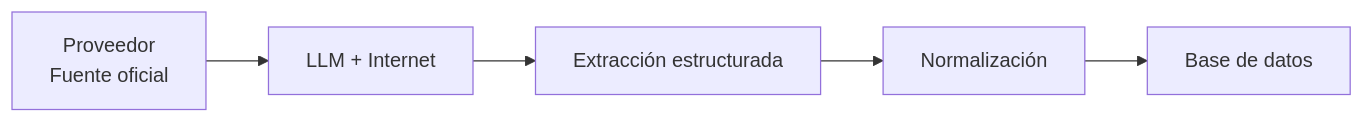
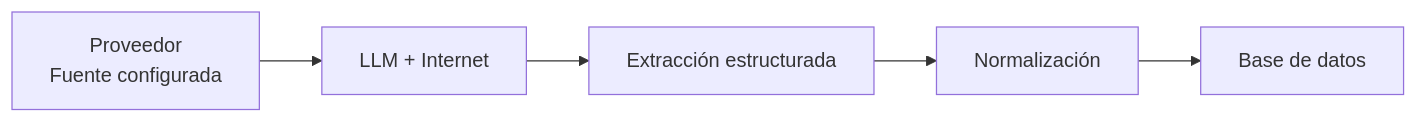
One commit to antoniovho/llm-model-lifecycle changed the first of 2 diagrams in prompt/prompt_deprecation_model.md. Above: the diagram before and after it, drawn with Mermaid. The commit also changed other lines of this file, not shown here.

````diff
--- a/prompt/prompt_deprecation_model.md
+++ b/prompt/prompt_deprecation_model.md
@@ -72,13 +76,13 @@
 ```mermaid
 flowchart LR
 
-    PROVIDER["Proveedor<br/>Fuente oficial"]
+    PROVIDER["Proveedor<br/>Fuente configurada"]
 
     PROVIDER --> LLM["LLM + Internet"]
 
     LLM --> STRUCTURED["Extracción estructurada"]
 
     STRUCTURED --> NORMALIZER["Normalización"]
 
     NORMALIZER --> DB["Base de datos"]
 ```
````
